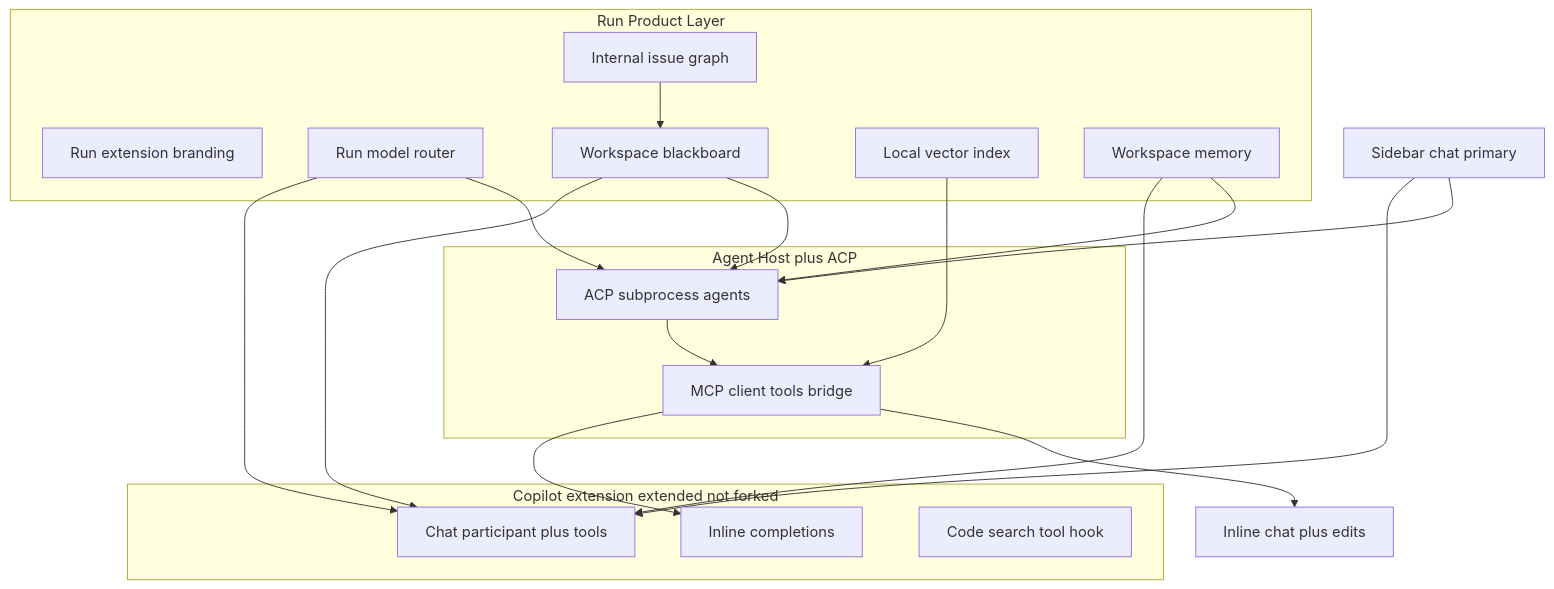
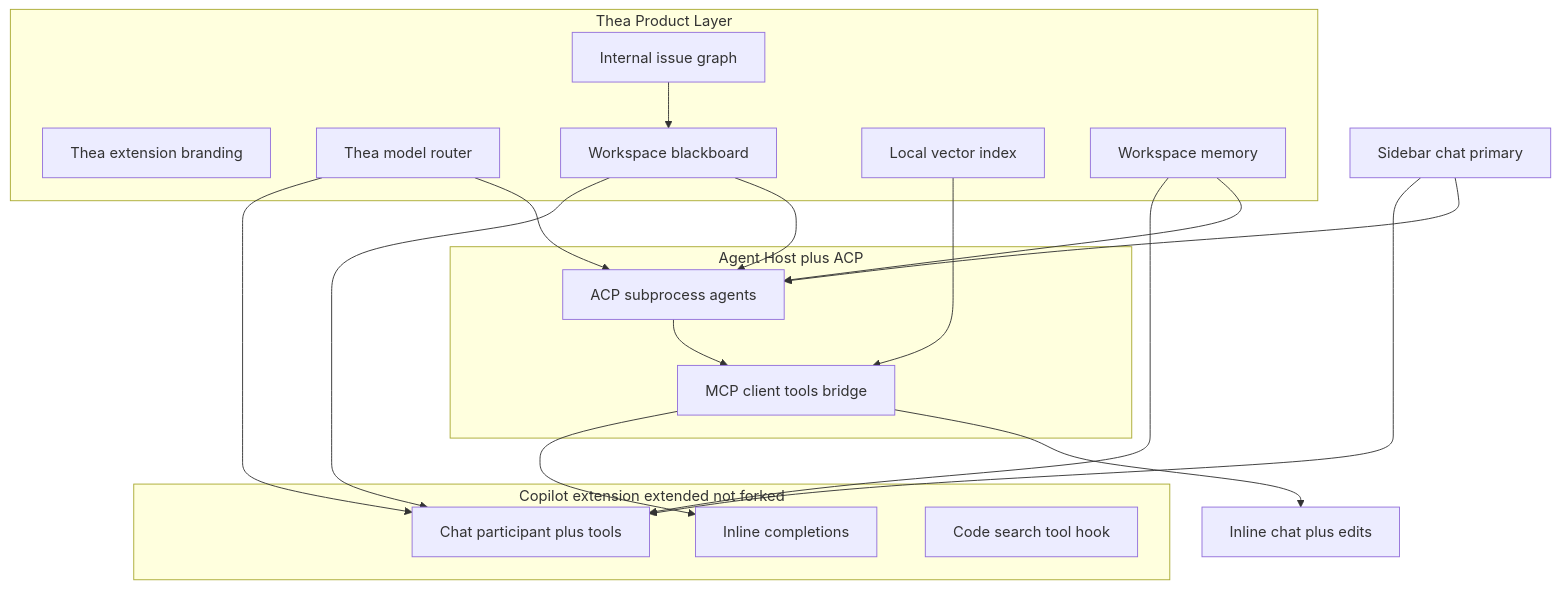
Before and after one commit to Trinicle/run: the second of 2 diagrams in docs/ROADMAP.md, drawn with Mermaid. The commit also changed other lines of this file and 13 other files, not shown here.

````diff
--- a/docs/ROADMAP.md
+++ b/docs/ROADMAP.md
@@ -255,36 +255,36 @@
 ```mermaid
 flowchart TB
-  subgraph runProduct [Run Product Layer]
-    Rebrand[Run extension branding]
-    Router[Run model router]
+  subgraph theaProduct [Thea Product Layer]
+    Rebrand[Thea extension branding]
+    Router[Thea model router]
     Board[Workspace blackboard]
     Issues[Internal issue graph]
     Index[Local vector index]
     Memory[Workspace memory]
   end
 
   subgraph copilot [Copilot extension extended not forked]
     ChatAgent[Chat participant plus tools]
     Completions[Inline completions]
     Search[Code search tool hook]
   end
 
   subgraph agentHost [Agent Host plus ACP]
     ACPAgents[ACP subprocess agents]
     ClientTools[MCP client tools bridge]
   end
 
   Sidebar[Sidebar chat primary] --> ChatAgent
   Sidebar --> ACPAgents
   Router --> ChatAgent
   Router --> ACPAgents
   Board --> ChatAgent
   Board --> ACPAgents
   Issues --> Board
   Index --> ClientTools
   Memory --> ChatAgent
   Memory --> ACPAgents
   ACPAgents --> ClientTools
   ClientTools --> Completions
   ClientTools --> InlineChat[Inline chat plus edits]
 ```
````
